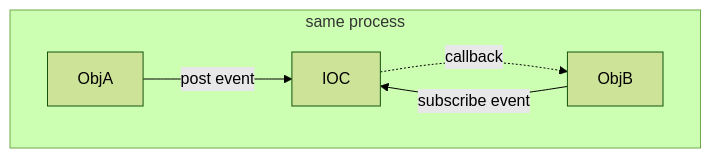
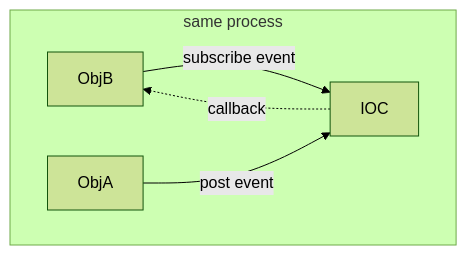
Before and after one commit to EnigmaWU/MyIOC_inTDD_withGHC: the first of 10 diagrams in README_UseCase.md, drawn with Mermaid (forest theme). The commit also changed other lines of this file and 1 other file, not shown here.

````diff
--- a/README_UseCase.md
+++ b/README_UseCase.md
@@ -26,8 +26,8 @@
 ```mermaid
 flowchart
 subgraph same process
+    ObjB --> |subscribe event| IOC
     ObjA --> |post event| IOC
-    ObjB --> |subscribe event| IOC
     IOC -.-> |callback| ObjB
 end
 ```
````
